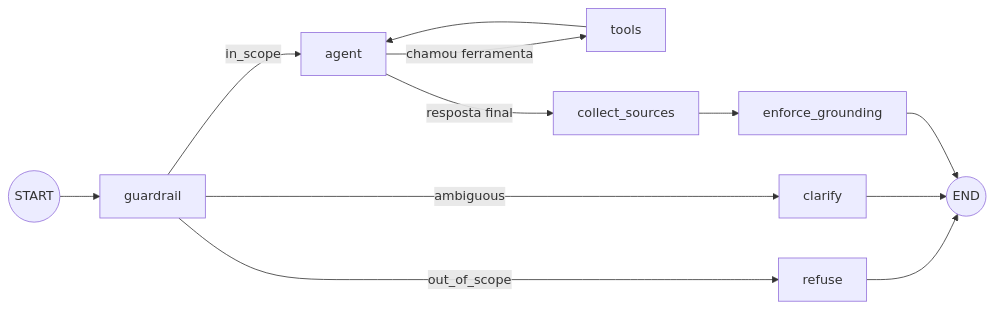
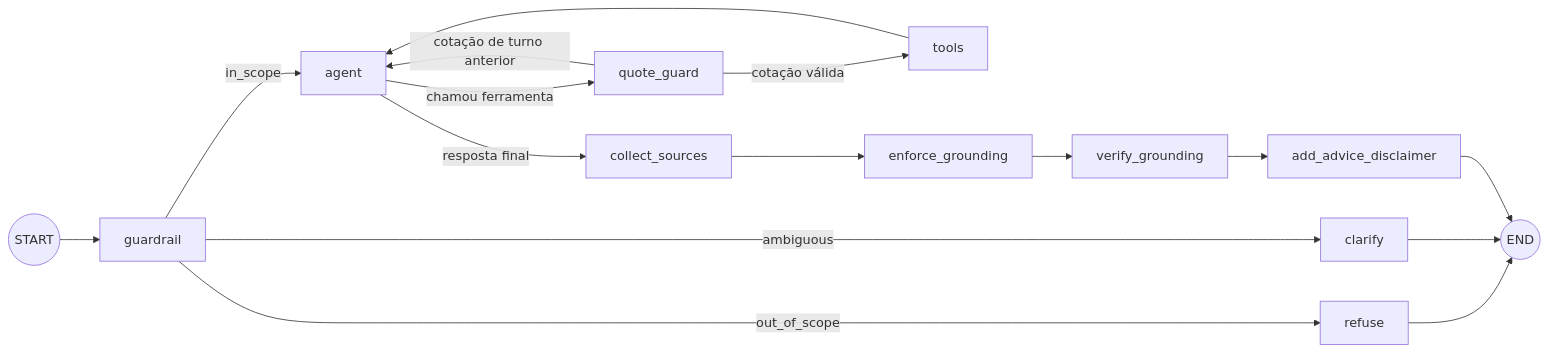
The diagram in README.md (SamuelCarlosSilva/financial-agent), drawn with Mermaid before and after one commit. The commit also changed other lines of this file and 2 other files, not shown here.

````diff
--- a/README.md
+++ b/README.md
@@ -48,14 +51,18 @@
 ```mermaid
 flowchart LR
     START((START)) --> guardrail
     guardrail -- "in_scope" --> agent
     guardrail -- "out_of_scope" --> refuse
     guardrail -- "ambiguous" --> clarify
     refuse --> END((END))
     clarify --> END
-    agent -- "chamou ferramenta" --> tools
+    agent -- "chamou ferramenta" --> quote_guard
+    quote_guard -- "cotação válida" --> tools
+    quote_guard -- "cotação de turno anterior" --> agent
     tools --> agent
     agent -- "resposta final" --> collect_sources
     collect_sources --> enforce_grounding
-    enforce_grounding --> END
+    enforce_grounding --> verify_grounding
+    verify_grounding --> add_advice_disclaimer
+    add_advice_disclaimer --> END
 ```
````
